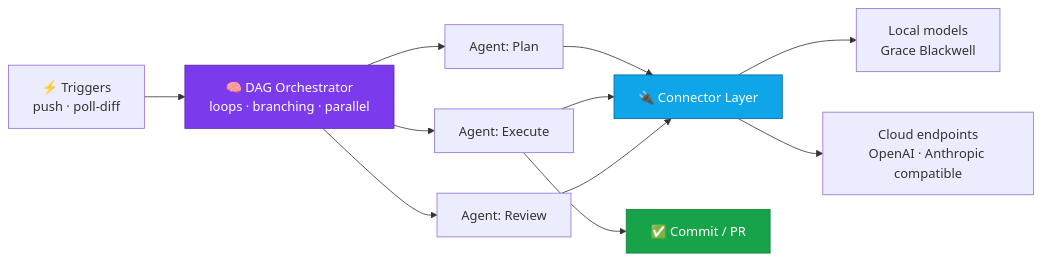
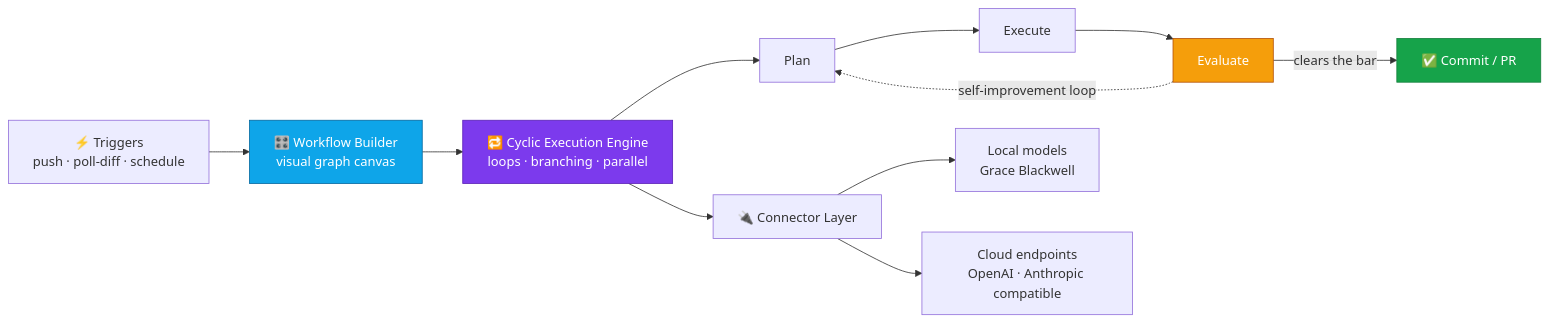
The diagram in README.md (dsneed123/dsneed123), drawn with Mermaid before and after one commit. The commit also changed other lines of this file, not shown here.

````diff
--- a/README.md
+++ b/README.md
@@ -58,15 +58,20 @@
 ```mermaid
 flowchart LR
-    T["⚡ Triggers<br/>push · poll-diff"] --> O["🧠 DAG Orchestrator<br/>loops · branching · parallel"]
-    O --> A1["Agent: Plan"]
-    O --> A2["Agent: Execute"]
-    O --> A3["Agent: Review"]
-    A1 & A2 & A3 --> C["🔌 Connector Layer"]
+    T["⚡ Triggers<br/>push · poll-diff · schedule"] --> B["🎛️ Workflow Builder<br/>visual graph canvas"]
+    B --> E["🔁 Cyclic Execution Engine<br/>loops · branching · parallel"]
+
+    E --> P["Plan"]
+    P --> X["Execute"]
+    X --> V["Evaluate"]
+    V -->|"clears the bar"| S["✅ Commit / PR"]
+    V -.->|"self-improvement loop"| P
+
+    E --> C["🔌 Connector Layer"]
     C --> L["Local models<br/>Grace Blackwell"]
     C --> R["Cloud endpoints<br/>OpenAI · Anthropic compatible"]
-    A2 --> G["✅ Commit / PR"]
 
-    style O fill:#7C3AED,stroke:#5B21B6,color:#fff
-    style C fill:#0EA5E9,stroke:#0369A1,color:#fff
-    style G fill:#16A34A,stroke:#15803D,color:#fff
+    style B fill:#0EA5E9,stroke:#0369A1,color:#fff
+    style E fill:#7C3AED,stroke:#5B21B6,color:#fff
+    style V fill:#F59E0B,stroke:#B45309,color:#fff
+    style S fill:#16A34A,stroke:#15803D,color:#fff
 ```
````
